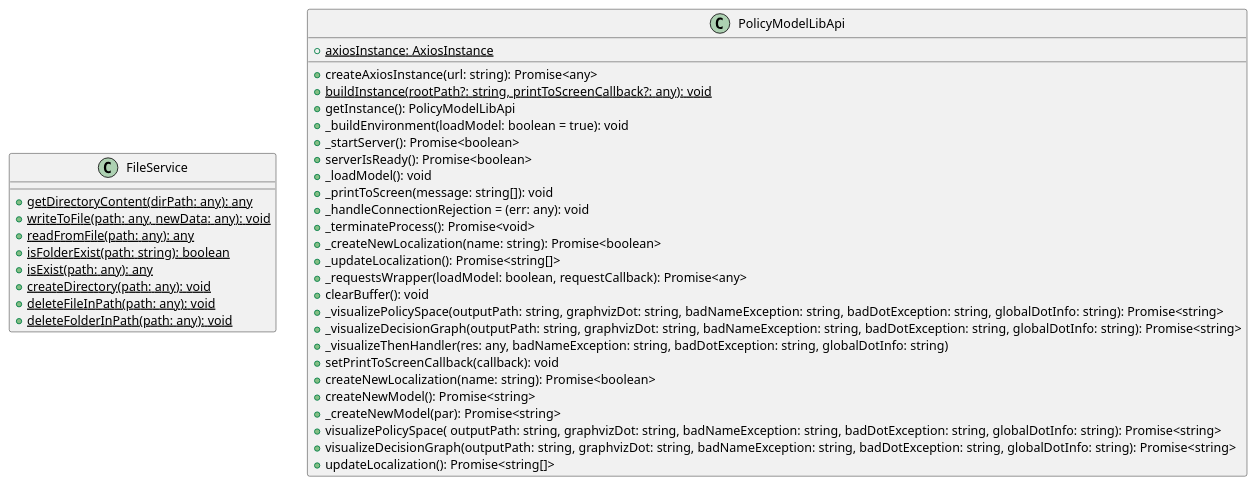
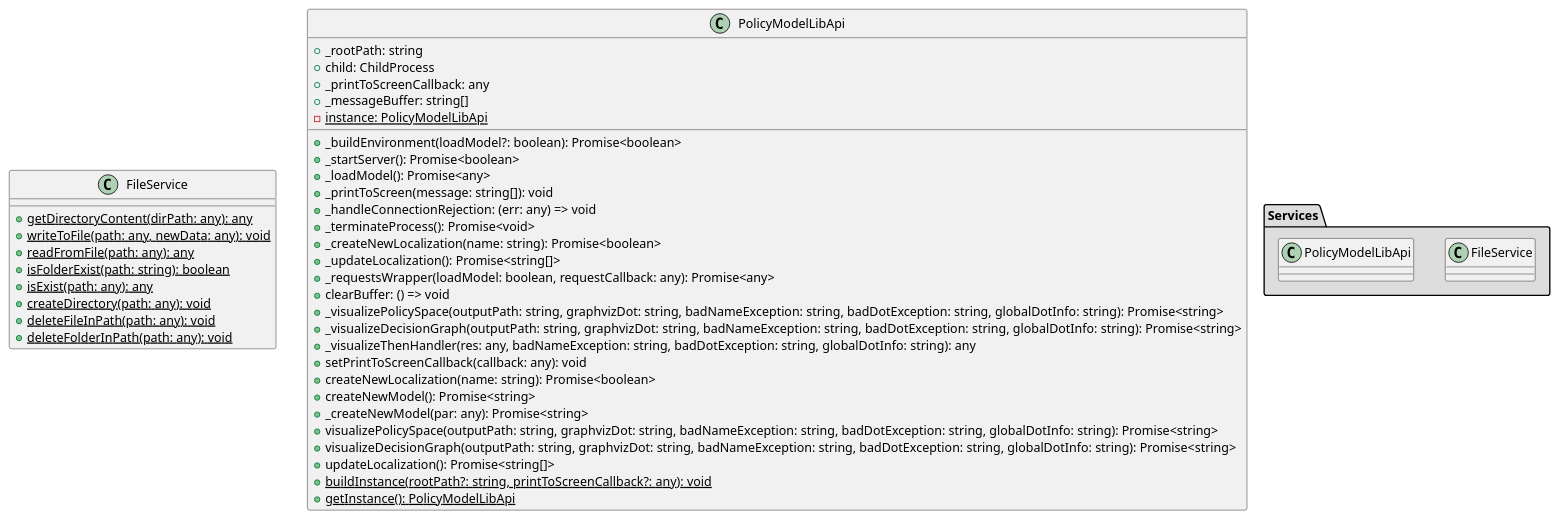
Before and after one commit to wolfj123/PolicyModelsPlugin: the diagram in diagrams/client/ServicesClassDiagram.puml, drawn with PlantUML.

```diff
--- a/diagrams/client/ServicesClassDiagram.puml
+++ b/diagrams/client/ServicesClassDiagram.puml
@@ -1,41 +1,48 @@
 @startuml
+
+package Services #DDDDDD{
+	class FileService
+	class PolicyModelLibApi
+}
+
 class FileService {
     +{static} getDirectoryContent(dirPath: any): any
     +{static} writeToFile(path: any, newData: any): void
     +{static} readFromFile(path: any): any
     +{static} isFolderExist(path: string): boolean
     +{static} isExist(path: any): any
     +{static} createDirectory(path: any): void
     +{static} deleteFileInPath(path: any): void
     +{static} deleteFolderInPath(path: any): void
 }
 
 class PolicyModelLibApi {
-    + {static} axiosInstance: AxiosInstance
-
-    + createAxiosInstance(url: string): Promise<any>
-    + {static} buildInstance(rootPath?: string, printToScreenCallback?: any): void
-    +  getInstance(): PolicyModelLibApi
-    +  _buildEnvironment(loadModel: boolean = true): void
-    + _startServer(): Promise<boolean> 
-    +  serverIsReady(): Promise<boolean>
-    + _loadModel(): void
-    + _printToScreen(message: string[]): void
-    +  _handleConnectionRejection = (err: any): void 
-    +  _terminateProcess(): Promise<void>
-    +  _createNewLocalization(name: string): Promise<boolean>
-    +  _updateLocalization(): Promise<string[]>
-    +  _requestsWrapper(loadModel: boolean, requestCallback): Promise<any>
-    +  clearBuffer(): void
-    + _visualizePolicySpace(outputPath: string, graphvizDot: string, badNameException: string, badDotException: string, globalDotInfo: string): Promise<string>
-    + _visualizeDecisionGraph(outputPath: string, graphvizDot: string, badNameException: string, badDotException: string, globalDotInfo: string): Promise<string>
-    + _visualizeThenHandler(res: any, badNameException: string, badDotException: string, globalDotInfo: string)
-    + setPrintToScreenCallback(callback): void
-    + createNewLocalization(name: string): Promise<boolean>
-    + createNewModel(): Promise<string>
-    + _createNewModel(par): Promise<string>
-    + visualizePolicySpace( outputPath: string, graphvizDot: string, badNameException: string, badDotException: string, globalDotInfo: string): Promise<string>
-    + visualizeDecisionGraph(outputPath: string, graphvizDot: string, badNameException: string, badDotException: string, globalDotInfo: string): Promise<string>
-    + updateLocalization(): Promise<string[]>
+    +_rootPath: string
+    +child: ChildProcess
+    +_printToScreenCallback: any
+    +_messageBuffer: string[]
+    +_buildEnvironment(loadModel?: boolean): Promise<boolean>
+    +_startServer(): Promise<boolean>
+    +_loadModel(): Promise<any>
+    +_printToScreen(message: string[]): void
+    +_handleConnectionRejection: (err: any) => void
+    +_terminateProcess(): Promise<void>
+    +_createNewLocalization(name: string): Promise<boolean>
+    +_updateLocalization(): Promise<string[]>
+    +_requestsWrapper(loadModel: boolean, requestCallback: any): Promise<any>
+    +clearBuffer: () => void
+    +_visualizePolicySpace(outputPath: string, graphvizDot: string, badNameException: string, badDotException: string, globalDotInfo: string): Promise<string>
+    +_visualizeDecisionGraph(outputPath: string, graphvizDot: string, badNameException: string, badDotException: string, globalDotInfo: string): Promise<string>
+    +_visualizeThenHandler(res: any, badNameException: string, badDotException: string, globalDotInfo: string): any
+    +setPrintToScreenCallback(callback: any): void
+    +createNewLocalization(name: string): Promise<boolean>
+    +createNewModel(): Promise<string>
+    +_createNewModel(par: any): Promise<string>
+    +visualizePolicySpace(outputPath: string, graphvizDot: string, badNameException: string, badDotException: string, globalDotInfo: string): Promise<string>
+    +visualizeDecisionGraph(outputPath: string, graphvizDot: string, badNameException: string, badDotException: string, globalDotInfo: string): Promise<string>
+    +updateLocalization(): Promise<string[]>
+    -{static} instance: PolicyModelLibApi
+    +{static} buildInstance(rootPath?: string, printToScreenCallback?: any): void
+    +{static} getInstance(): PolicyModelLibApi
 }
 @enduml
```
